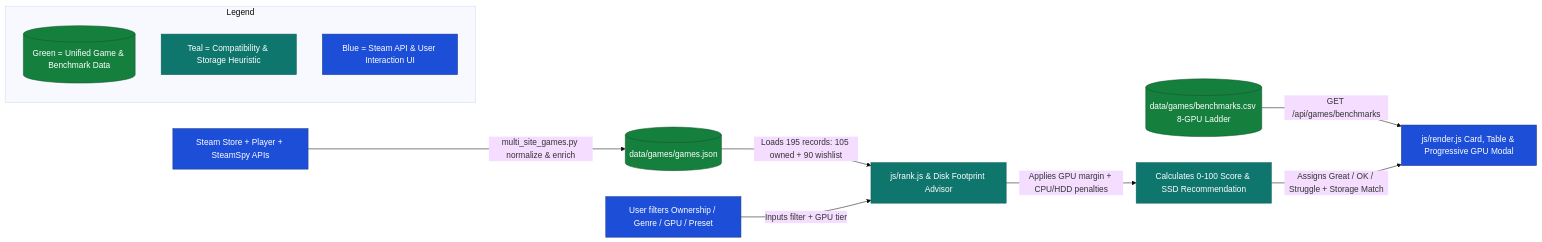
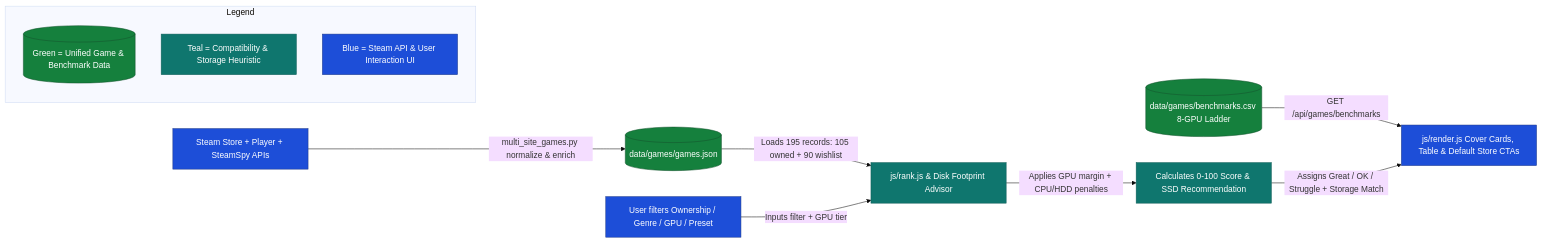
One commit to Mostakim2005/database-manager changed the third of 12 diagrams in docs/ARCHITECTURE.md. Above: the diagram before and after it, drawn with Mermaid (base theme). The commit also changed 5 other files, not shown here.

Commit message:
feat(batch-2): add GameRank cover art, compact telemetry cards, and Steam/default store CTAs

````diff
--- a/docs/ARCHITECTURE.md
+++ b/docs/ARCHITECTURE.md
@@ -115,20 +115,20 @@
 ```mermaid
 flowchart LR
     %% Color Definitions
     classDef startNode fill:#1d4ed8,stroke:#1e3a8a,color:#ffffff
     classDef processNode fill:#0f766e,stroke:#115e59,color:#ffffff
     classDef dataNode fill:#15803d,stroke:#14532d,color:#ffffff
 
     S0[Steam Store + Player + SteamSpy APIs]:::startNode -->|multi_site_games.py normalize & enrich| G1[(data/games/games.json)]:::dataNode
     B0[(data/games/benchmarks.csv 8-GPU Ladder)]:::dataNode -->|GET /api/games/benchmarks| G5
     G1 -->|Loads 195 records: 105 owned + 90 wishlist| G2[js/rank.js & Disk Footprint Advisor]:::processNode
     G3[User filters Ownership / Genre / GPU / Preset]:::startNode -->|Inputs filter + GPU tier| G2
     G2 -->|Applies GPU margin + CPU/HDD penalties| G4[Calculates 0-100 Score & SSD Recommendation]:::processNode
-    G4 -->|Assigns Great / OK / Struggle + Storage Match| G5[js/render.js Card, Table & Progressive GPU Modal]:::startNode
+    G4 -->|Assigns Great / OK / Struggle + Storage Match| G5[js/render.js Cover Cards, Table & Default Store CTAs]:::startNode
 
     subgraph Legend["Legend"]
         L1[(Green = Unified Game & Benchmark Data)]:::dataNode
         L2[Teal = Compatibility & Storage Heuristic]:::processNode
         L3[Blue = Steam API & User Interaction UI]:::startNode
     end
 ```
````
